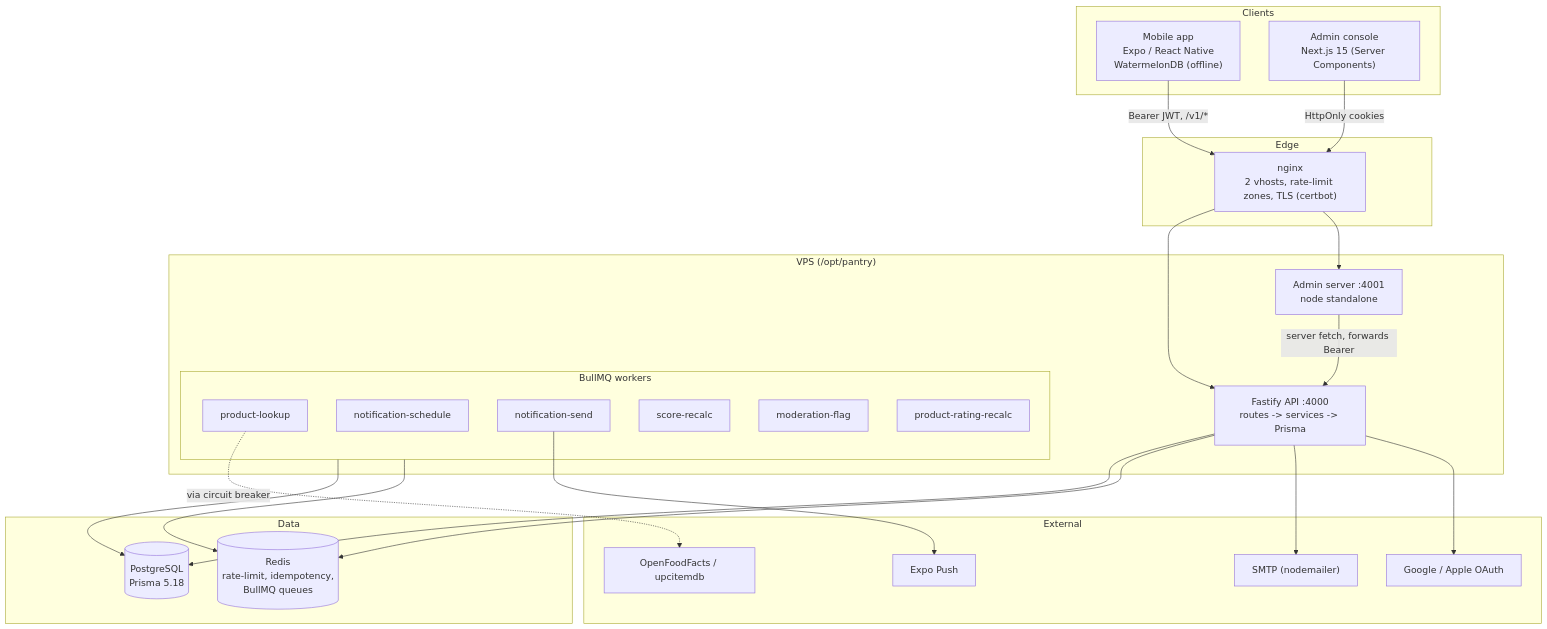
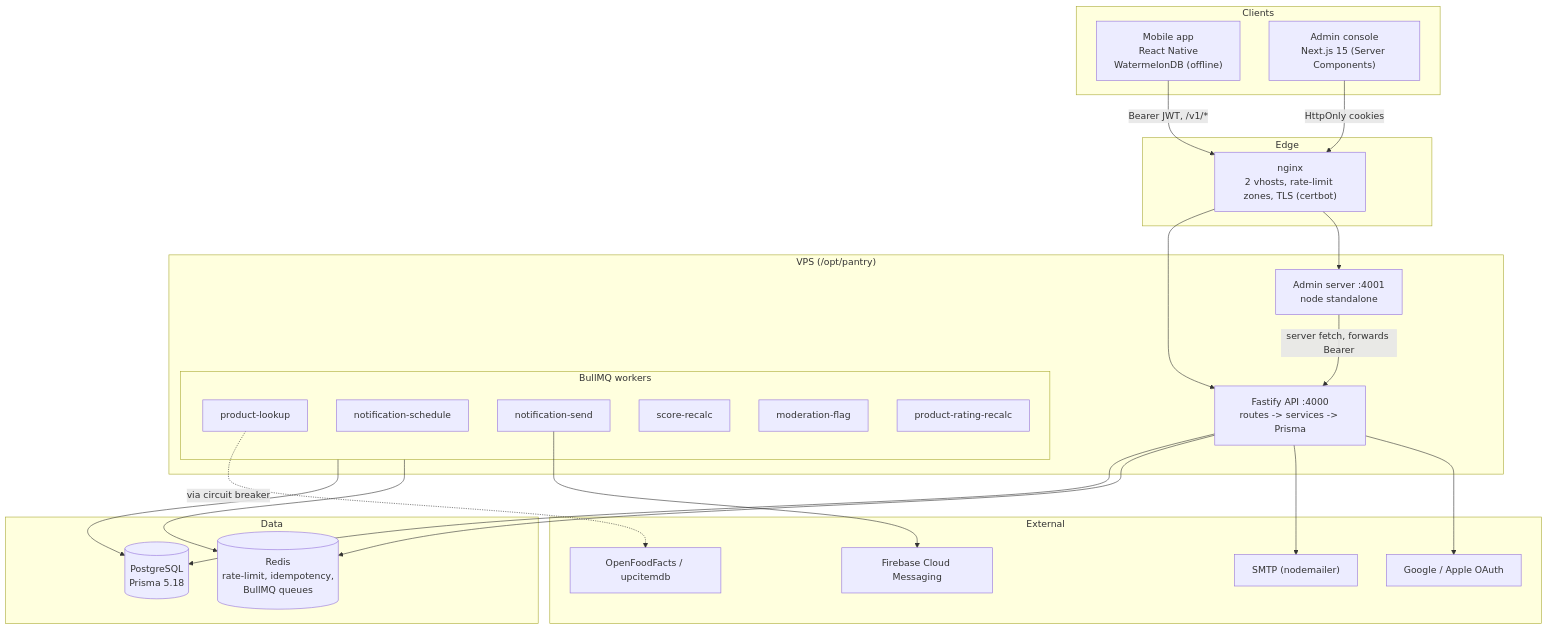
One commit to kiemdanle/newapp changed the diagram in docs/system-architecture.md. Above: the diagram before and after it, drawn with Mermaid. The commit also changed 19 other files, not shown here.

````diff
--- a/docs/system-architecture.md
+++ b/docs/system-architecture.md
@@ -12,50 +12,50 @@
 ```mermaid
 flowchart TB
   subgraph Clients
-    M["Mobile app<br/>Expo / React Native<br/>WatermelonDB (offline)"]
+    M["Mobile app<br/>React Native<br/>WatermelonDB (offline)"]
     A["Admin console<br/>Next.js 15 (Server Components)"]
   end
 
   subgraph Edge
     NG["nginx<br/>2 vhosts, rate-limit zones, TLS (certbot)"]
   end
 
   subgraph Backend["VPS (/opt/pantry)"]
     API["Fastify API :4000<br/>routes -> services -> Prisma"]
     ADM["Admin server :4001<br/>node standalone"]
     subgraph Workers["BullMQ workers"]
       W1["product-lookup"]
       W2["notification-schedule"]
       W3["notification-send"]
       W4["score-recalc"]
       W5["moderation-flag"]
       W6["product-rating-recalc"]
     end
   end
 
   subgraph Data
     PG[("PostgreSQL<br/>Prisma 5.18")]
     RD[("Redis<br/>rate-limit, idempotency,<br/>BullMQ queues")]
   end
 
   subgraph External
     OFF["OpenFoodFacts / upcitemdb"]
-    EXPO["Expo Push"]
+    FCM["Firebase Cloud Messaging"]
     SMTP["SMTP (nodemailer)"]
     OAUTH["Google / Apple OAuth"]
   end
 
   M -->|"Bearer JWT, /v1/*"| NG
   A -->|"HttpOnly cookies"| NG
   NG --> API
   NG --> ADM
   ADM -->|"server fetch, forwards Bearer"| API
   API --> PG
   API --> RD
   Workers --> PG
   Workers --> RD
   W1 -.->|"via circuit breaker"| OFF
-  W3 --> EXPO
+  W3 --> FCM
   API --> SMTP
   API --> OAUTH
 ```
````
